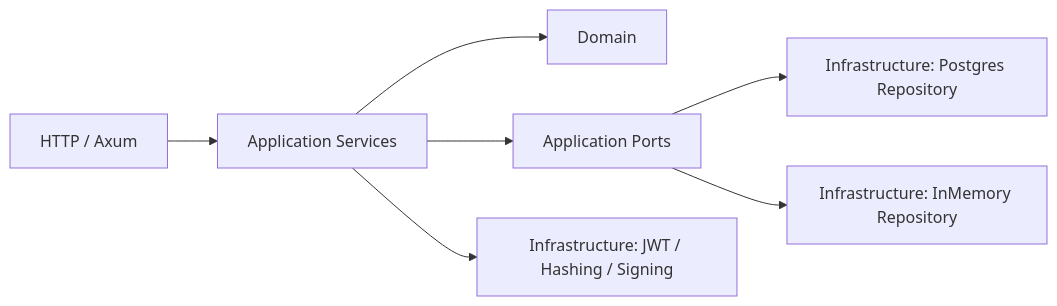
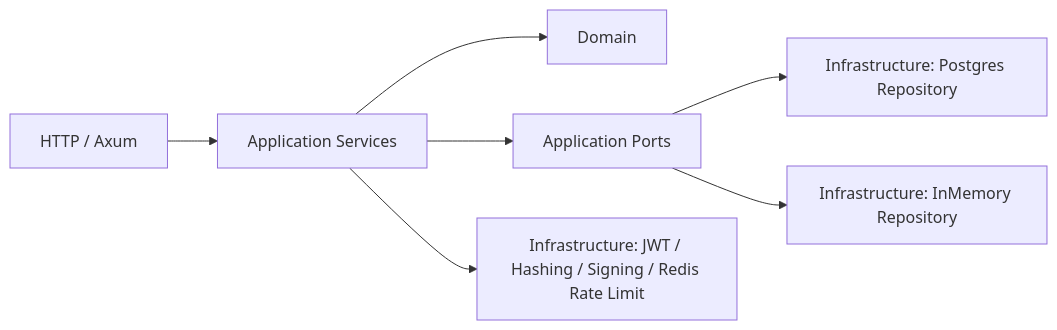
The first of 4 diagrams in README.md (Cricko7/resum-vizor), drawn with Mermaid before and after one commit. The commit also changed other lines of this file and 22 other files, not shown here.

Commit message:
Add scoped API keys with Redis-backed rate limiting

````diff
--- a/README.md
+++ b/README.md
@@ -131,9 +138,9 @@
 ```mermaid
 flowchart LR
     A["HTTP / Axum"] --> B["Application Services"]
     B --> C["Domain"]
     B --> D["Application Ports"]
     D --> E["Infrastructure: Postgres Repository"]
     D --> F["Infrastructure: InMemory Repository"]
-    B --> G["Infrastructure: JWT / Hashing / Signing"]
+    B --> G["Infrastructure: JWT / Hashing / Signing / Redis Rate Limit"]
 ```
````
